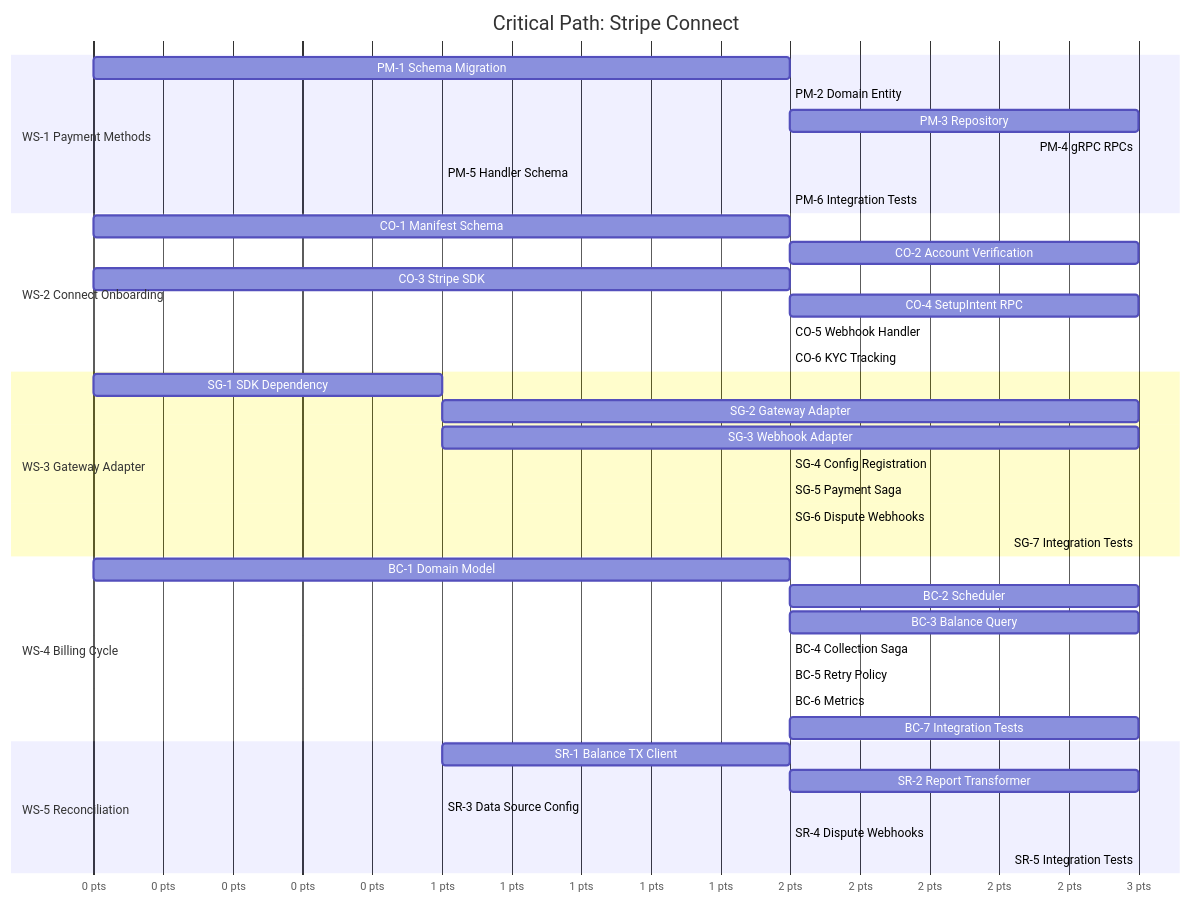
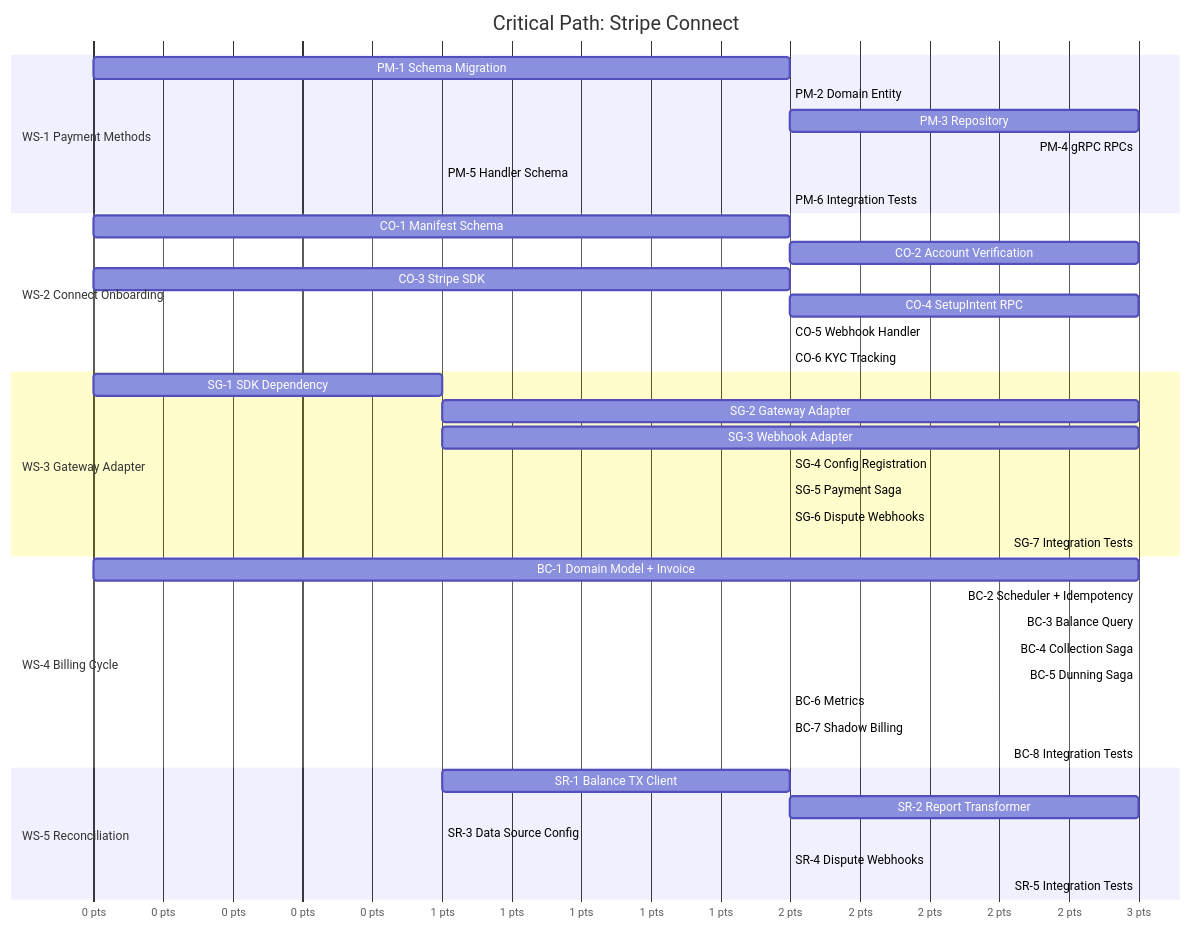
One commit to meridianhub/meridian changed the sixth of 6 diagrams in docs/prd/stripe-connect.md. Above: the diagram before and after it, drawn with Mermaid. The commit also changed other lines of this file and 1 other file, not shown here.

First line of the commit message:
docs: Address closed-loop feedback on billing and reference data

````diff
--- a/docs/prd/stripe-connect.md
+++ b/docs/prd/stripe-connect.md
@@ -830,47 +973,48 @@
 ```mermaid
 gantt
     title Critical Path: Stripe Connect
     dateFormat X
     axisFormat %s pts
 
     section WS-1 Payment Methods
     PM-1 Schema Migration         :pm1, 0, 2
     PM-2 Domain Entity            :pm2, after pm1, 2
     PM-3 Repository               :pm3, after pm2, 3
     PM-4 gRPC RPCs                :pm4, after pm3, 3
     PM-5 Handler Schema           :pm5, after pm4, 1
     PM-6 Integration Tests        :pm6, after pm4, 2
 
     section WS-2 Connect Onboarding
     CO-1 Manifest Schema          :co1, 0, 2
     CO-2 Account Verification     :co2, after co1, 3
     CO-3 Stripe SDK               :co3, 0, 2
     CO-4 SetupIntent RPC          :co4, after co3, 3
     CO-5 Webhook Handler          :co5, after co4, 2
     CO-6 KYC Tracking             :co6, after co2, 2
 
     section WS-3 Gateway Adapter
     SG-1 SDK Dependency           :sg1, 0, 1
     SG-2 Gateway Adapter          :sg2, after sg1, 3
     SG-3 Webhook Adapter          :sg3, after sg1, 3
     SG-4 Config Registration      :sg4, after sg2, 2
     SG-5 Payment Saga             :sg5, after sg2, 2
     SG-6 Dispute Webhooks         :sg6, after sg3, 2
     SG-7 Integration Tests        :sg7, after sg2, 3
 
     section WS-4 Billing Cycle
-    BC-1 Domain Model             :bc1, 0, 2
-    BC-2 Scheduler                :bc2, after bc1, 3
+    BC-1 Domain Model + Invoice   :bc1, 0, 3
+    BC-2 Scheduler + Idempotency  :bc2, after bc1, 3
     BC-3 Balance Query            :bc3, after bc1, 3
-    BC-4 Collection Saga          :crit, bc4, after bc2, 2
-    BC-5 Retry Policy             :bc5, after bc4, 2
+    BC-4 Collection Saga          :crit, bc4, after bc2, 3
+    BC-5 Dunning Saga             :bc5, after bc4, 3
     BC-6 Metrics                  :bc6, after bc2, 2
-    BC-7 Integration Tests        :bc7, after bc4, 3
+    BC-7 Shadow Billing           :bc7, after bc4, 2
+    BC-8 Integration Tests        :bc8, after bc5, 3
 
     section WS-5 Reconciliation
     SR-1 Balance TX Client        :sr1, after sg1, 2
     SR-2 Report Transformer       :sr2, after sr1, 3
     SR-3 Data Source Config       :sr3, after sr2, 1
     SR-4 Dispute Webhooks         :sr4, after sg6, 2
     SR-5 Integration Tests        :sr5, after sr2, 3
 ```
````
